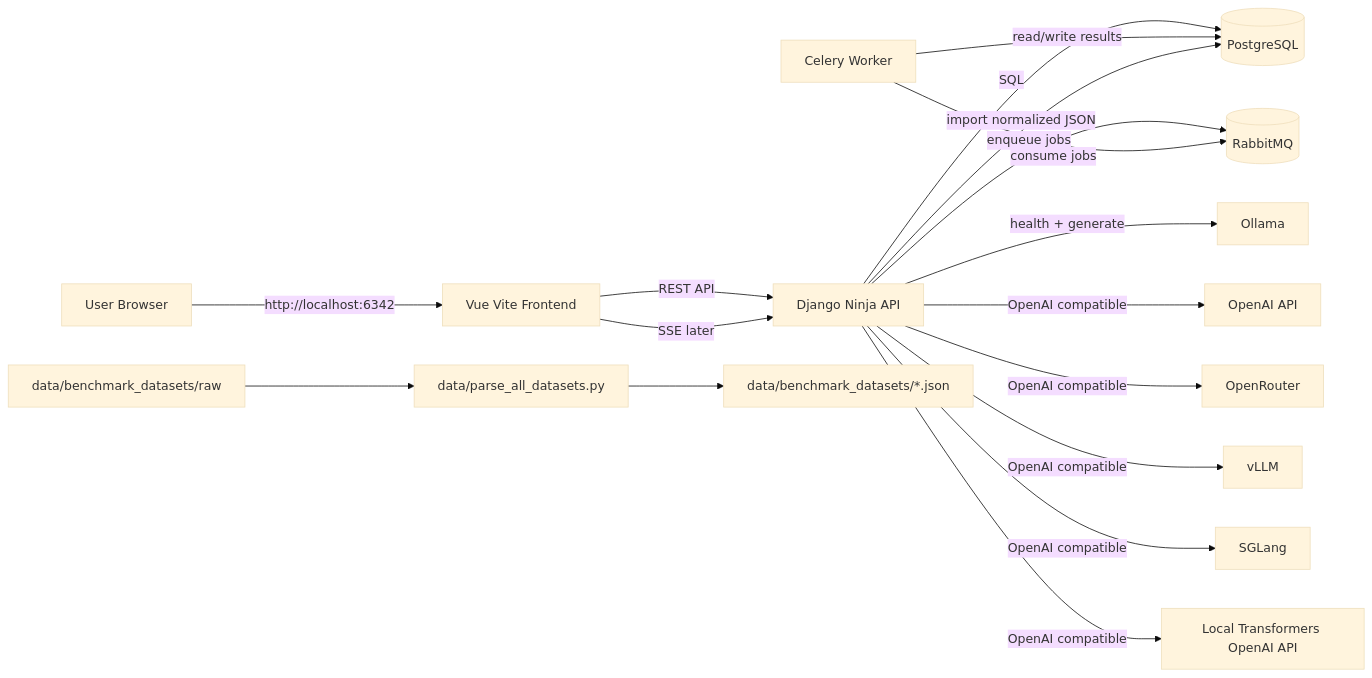
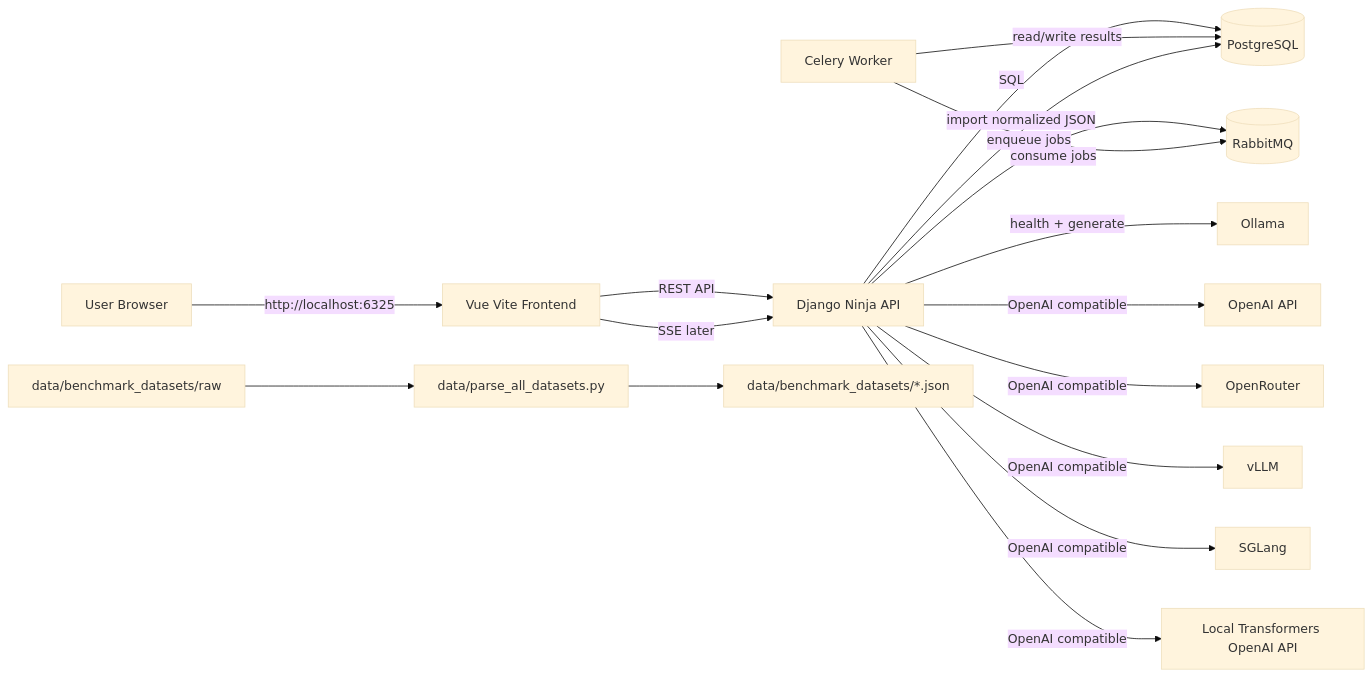
The first of 13 diagrams in docs/mermaid-flows.md (billzi2016/LLM-Benchmark-Studio), drawn with Mermaid (base theme) before and after one commit. The commit also changed other lines of this file and 22 other files, not shown here.

````diff
--- a/docs/mermaid-flows.md
+++ b/docs/mermaid-flows.md
@@ -7,22 +7,22 @@
 ```mermaid
 flowchart LR
-  User[User Browser] -->|http://localhost:6342| Vue[Vue Vite Frontend]
+  User[User Browser] -->|http://localhost:6325| Vue[Vue Vite Frontend]
   Vue -->|REST API| Django[Django Ninja API]
   Vue -->|SSE later| Django
 
   Django -->|SQL| PostgreSQL[(PostgreSQL)]
   Django -->|enqueue jobs| RabbitMQ[(RabbitMQ)]
   Celery[Celery Worker] -->|consume jobs| RabbitMQ
   Celery -->|read/write results| PostgreSQL
 
   Django -->|health + generate| Ollama[Ollama]
   Django -->|OpenAI compatible| OpenAI[OpenAI API]
   Django -->|OpenAI compatible| OpenRouter[OpenRouter]
   Django -->|OpenAI compatible| VLLM[vLLM]
   Django -->|OpenAI compatible| SGLang[SGLang]
   Django -->|OpenAI compatible| LocalAPI[Local Transformers OpenAI API]
 
   RawData[data/benchmark_datasets/raw] --> Parser[data/parse_all_datasets.py]
   Parser --> JsonData[data/benchmark_datasets/*.json]
   Django -->|import normalized JSON| PostgreSQL
 ```
````
